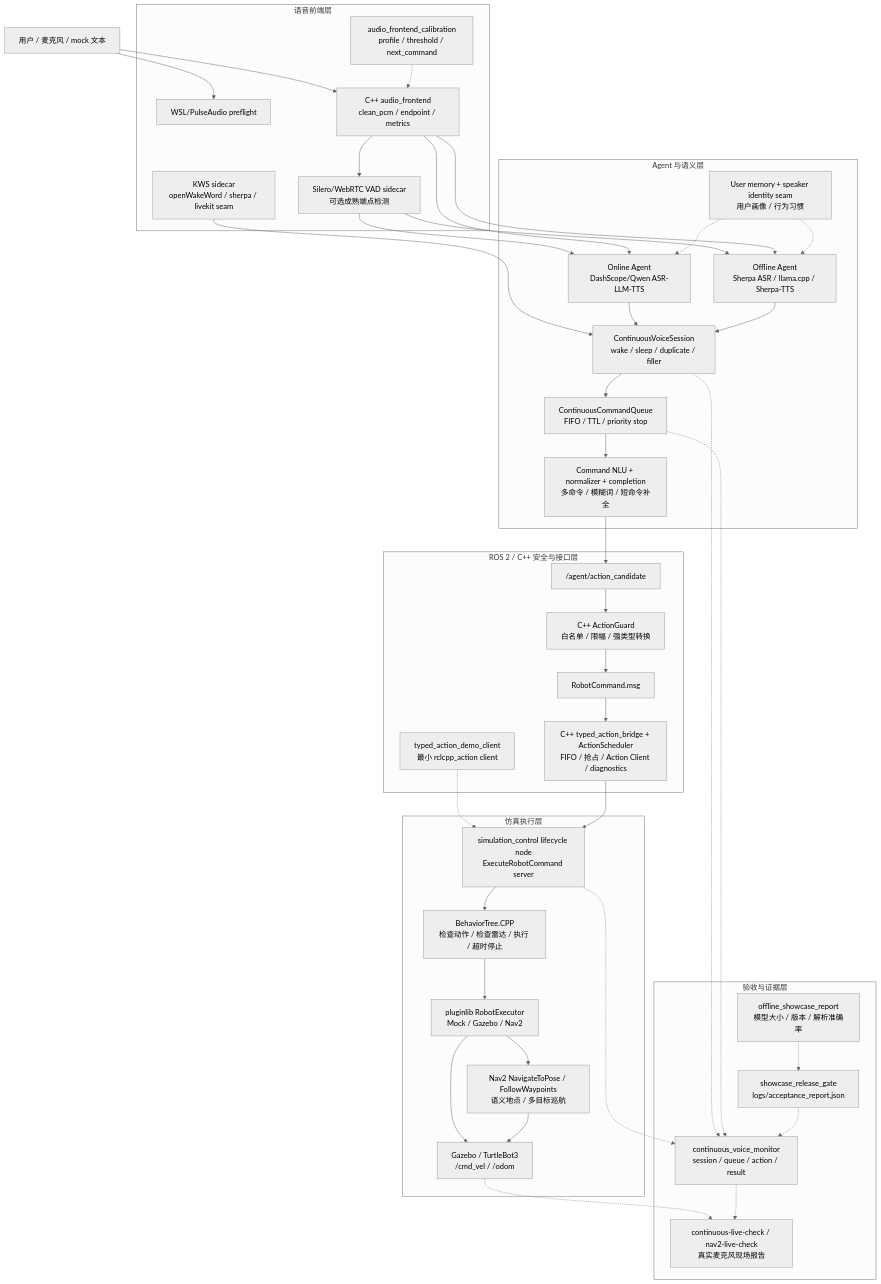
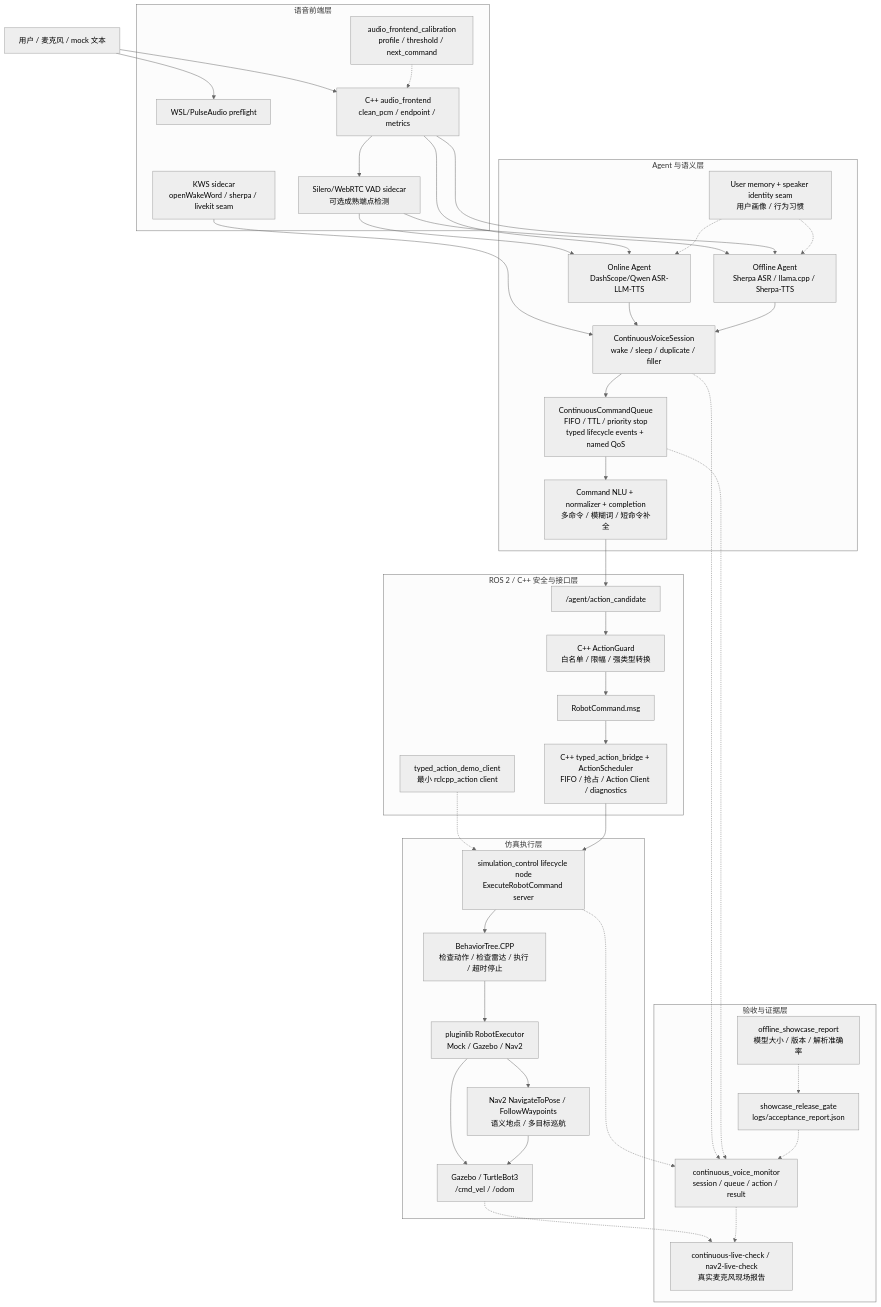
The first of 2 diagrams in docs/FINAL_ARCHITECTURE_DIAGRAMS.md (Edddddddddy/embodied_agent_ws), drawn with Mermaid (neutral theme) before and after one commit. The commit also changed 32 other files, not shown here.

Commit message:
refactor: type command lifecycle middleware

````diff
--- a/docs/FINAL_ARCHITECTURE_DIAGRAMS.md
+++ b/docs/FINAL_ARCHITECTURE_DIAGRAMS.md
@@ -11,82 +11,82 @@
 ```mermaid
 flowchart TB
   User["用户 / 麦克风 / mock 文本"]
 
   subgraph VoiceFrontend["语音前端层"]
     MicPreflight["WSL/PulseAudio preflight"]
     AudioFrontend["C++ audio_frontend<br/>clean_pcm / endpoint / metrics"]
     VadSidecar["Silero/WebRTC VAD sidecar<br/>可选成熟端点检测"]
     KwsSidecar["KWS sidecar<br/>openWakeWord / sherpa / livekit seam"]
     Calibration["audio_frontend_calibration<br/>profile / threshold / next_command"]
   end
 
   subgraph AgentLayer["Agent 与语义层"]
     OnlineAgent["Online Agent<br/>DashScope/Qwen ASR-LLM-TTS"]
     OfflineAgent["Offline Agent<br/>Sherpa ASR / llama.cpp / Sherpa-TTS"]
     Session["ContinuousVoiceSession<br/>wake / sleep / duplicate / filler"]
-    Queue["ContinuousCommandQueue<br/>FIFO / TTL / priority stop"]
+    Queue["ContinuousCommandQueue<br/>FIFO / TTL / priority stop<br/>typed lifecycle events + named QoS"]
     NLU["Command NLU + normalizer + completion<br/>多命令 / 模糊词 / 短命令补全"]
     Memory["User memory + speaker identity seam<br/>用户画像 / 行为习惯"]
   end
 
   subgraph RosCppLayer["ROS 2 / C++ 安全与接口层"]
     Candidate["/agent/action_candidate"]
     ActionGuard["C++ ActionGuard<br/>白名单 / 限幅 / 强类型转换"]
     RobotCommand["RobotCommand.msg"]
     ActionBridge["C++ typed_action_bridge + ActionScheduler<br/>FIFO / 抢占 / Action Client / diagnostics"]
     DemoClient["typed_action_demo_client<br/>最小 rclcpp_action client"]
   end
 
   subgraph SimulationLayer["仿真执行层"]
     ActionServer["simulation_control lifecycle node<br/>ExecuteRobotCommand server"]
     BT["BehaviorTree.CPP<br/>检查动作 / 检查雷达 / 执行 / 超时停止"]
     Plugins["pluginlib RobotExecutor<br/>Mock / Gazebo / Nav2"]
     Gazebo["Gazebo / TurtleBot3<br/>/cmd_vel / /odom"]
     Nav2["Nav2 NavigateToPose / FollowWaypoints<br/>语义地点 / 多目标巡航"]
   end
 
   subgraph EvidenceLayer["验收与证据层"]
     Monitor["continuous_voice_monitor<br/>session / queue / action / result"]
     ReleaseGate["showcase_release_gate<br/>logs/acceptance_report.json"]
     OfflineReport["offline_showcase_report<br/>模型大小 / 版本 / 解析准确率"]
     LiveReport["continuous-live-check / nav2-live-check<br/>真实麦克风现场报告"]
   end
 
   User --> MicPreflight
   User --> AudioFrontend
   AudioFrontend --> VadSidecar
   VadSidecar --> OnlineAgent
   VadSidecar --> OfflineAgent
   AudioFrontend --> OnlineAgent
   AudioFrontend --> OfflineAgent
   KwsSidecar --> Session
   Calibration -.-> AudioFrontend
 
   OnlineAgent --> Session
   OfflineAgent --> Session
   Memory -.-> OnlineAgent
   Memory -.-> OfflineAgent
   Session --> Queue
   Queue --> NLU
   NLU --> Candidate
 
   Candidate --> ActionGuard
   ActionGuard --> RobotCommand
   RobotCommand --> ActionBridge
   DemoClient -.-> ActionServer
   ActionBridge --> ActionServer
 
   ActionServer --> BT
   BT --> Plugins
   Plugins --> Gazebo
   Plugins --> Nav2
   Nav2 --> Gazebo
 
   Session -.-> Monitor
   Queue -.-> Monitor
   ActionServer -.-> Monitor
   Gazebo -.-> LiveReport
   Monitor -.-> LiveReport
   ReleaseGate -.-> Monitor
   OfflineReport -.-> ReleaseGate
 ```
````
